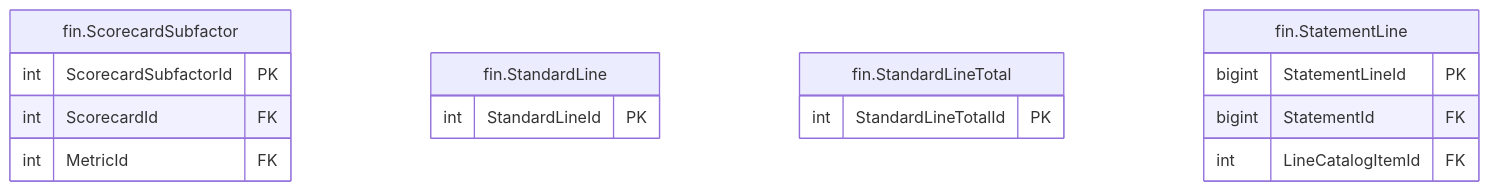
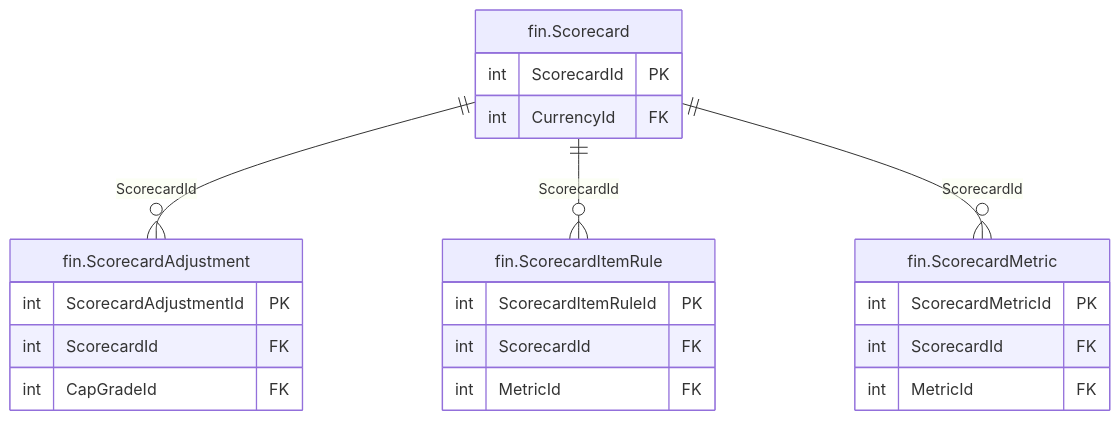
Before and after one commit to thawrasy/smartlines: the diagram in treasury-platform/docs/diagrams/erd/m5_financials_10.mmd, drawn with Mermaid. The commit also changed 163 other files, not shown here.

```diff
--- a/treasury-platform/docs/diagrams/erd/m5_financials_10.mmd
+++ b/treasury-platform/docs/diagrams/erd/m5_financials_10.mmd
@@ -1,18 +1,24 @@
-%% م5 · البيانات المالية والأرصدة (10/11) — Financial statements & balances
+%% م5 · البيانات المالية والأرصدة (10/13) — Financial statements & balances
 erDiagram
-  fin_ScorecardSubfactor["fin.ScorecardSubfactor"] {
-    int ScorecardSubfactorId PK
+  fin_Scorecard["fin.Scorecard"] {
+    int ScorecardId PK
+    int CurrencyId FK
+  }
+  fin_ScorecardAdjustment["fin.ScorecardAdjustment"] {
+    int ScorecardAdjustmentId PK
+    int ScorecardId FK
+    int CapGradeId FK
+  }
+  fin_ScorecardItemRule["fin.ScorecardItemRule"] {
+    int ScorecardItemRuleId PK
     int ScorecardId FK
     int MetricId FK
   }
-  fin_StandardLine["fin.StandardLine"] {
-    int StandardLineId PK
+  fin_ScorecardMetric["fin.ScorecardMetric"] {
+    int ScorecardMetricId PK
+    int ScorecardId FK
+    int MetricId FK
   }
-  fin_StandardLineTotal["fin.StandardLineTotal"] {
-    int StandardLineTotalId PK
-  }
-  fin_StatementLine["fin.StatementLine"] {
-    bigint StatementLineId PK
-    bigint StatementId FK
-    int LineCatalogItemId FK
-  }
+  fin_Scorecard ||--o{ fin_ScorecardAdjustment : "ScorecardId"
+  fin_Scorecard ||--o{ fin_ScorecardItemRule : "ScorecardId"
+  fin_Scorecard ||--o{ fin_ScorecardMetric : "ScorecardId"
```
